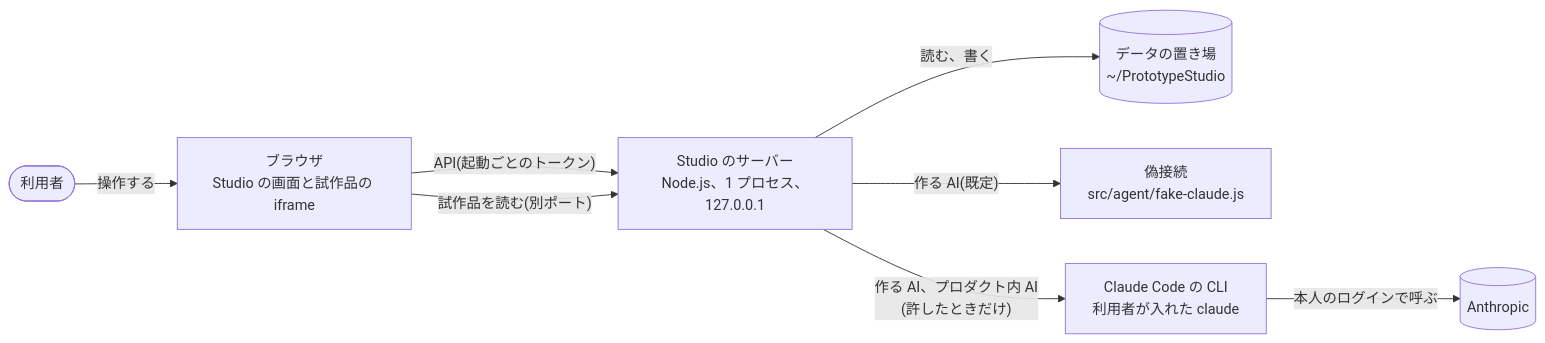
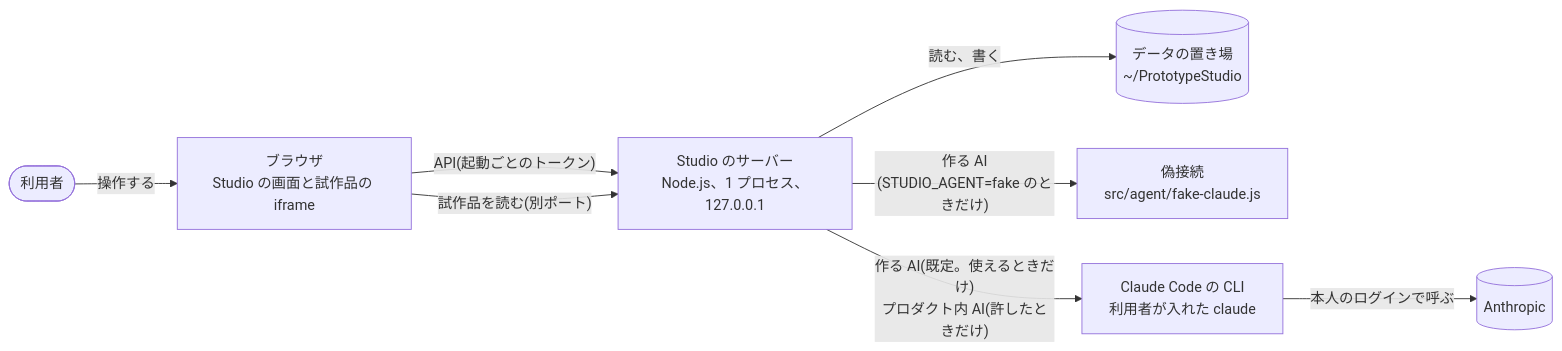
Before and after one commit to jyoka/agent-prototype-studio: the first of 2 diagrams in docs/architecture/hld.md, drawn with Mermaid. The commit also changed other lines of this file and 27 other files, not shown here.

````diff
--- a/docs/architecture/hld.md
+++ b/docs/architecture/hld.md
@@ -18,18 +18,18 @@
 ```mermaid
 flowchart LR
     you(["利用者"])
     browser["ブラウザ<br/>Studio の画面と試作品の iframe"]
     studio["Studio のサーバー<br/>Node.js、1 プロセス、127.0.0.1"]
     home[("データの置き場<br/>~/PrototypeStudio")]
     fake["偽接続<br/>src/agent/fake-claude.js"]
     claude["Claude Code の CLI<br/>利用者が入れた claude"]
     anthropic[("Anthropic")]
 
     you -- "操作する" --> browser
     browser -- "API(起動ごとのトークン)" --> studio
     browser -- "試作品を読む(別ポート)" --> studio
     studio -- "読む、書く" --> home
-    studio -- "作る AI(既定)" --> fake
-    studio -- "作る AI、プロダクト内 AI<br/>(許したときだけ)" --> claude
+    studio -- "作る AI<br/>(STUDIO_AGENT=fake のときだけ)" --> fake
+    studio -- "作る AI(既定。使えるときだけ)<br/>プロダクト内 AI(許したときだけ)" --> claude
     claude -- "本人のログインで呼ぶ" --> anthropic
 ```
````
